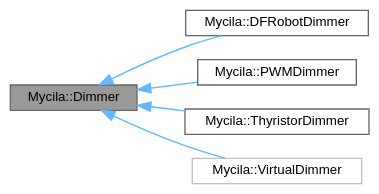
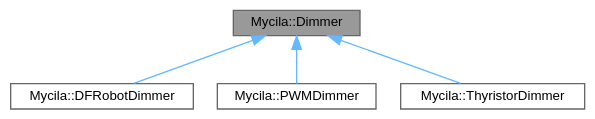
One commit to mathieucarbou/MycilaDimmer changed the diagram in docs/api/class_mycila_1_1_dimmer__inherit__graph.dot. Above: the diagram before and after it, drawn with Graphviz. The commit also changed 22 other files, not shown here.

```diff
--- a/docs/api/class_mycila_1_1_dimmer__inherit__graph.dot
+++ b/docs/api/class_mycila_1_1_dimmer__inherit__graph.dot
@@ -1,17 +1,14 @@
 digraph "Mycila::Dimmer"
 {
  // LATEX_PDF_SIZE
   bgcolor="transparent";
   edge [fontname=Helvetica,fontsize=10,labelfontname=Helvetica,labelfontsize=10];
   node [fontname=Helvetica,fontsize=10,shape=box,height=0.2,width=0.4];
-  rankdir="LR";
   Node1 [id="Node000001",label="Mycila::Dimmer",height=0.2,width=0.4,color="gray40", fillcolor="grey60", style="filled", fontcolor="black",tooltip=" "];
   Node1 -> Node2 [id="edge1_Node000001_Node000002",dir="back",color="steelblue1",style="solid",tooltip=" "];
   Node2 [id="Node000002",label="Mycila::DFRobotDimmer",height=0.2,width=0.4,color="gray40", fillcolor="white", style="filled",URL="$class_mycila_1_1_d_f_robot_dimmer.html",tooltip="DFRobot DFR1071/DFR1073/DFR0971 I2C controlled 0-10V/0-5V dimmer implementation for voltage regulator..."];
   Node1 -> Node3 [id="edge2_Node000001_Node000003",dir="back",color="steelblue1",style="solid",tooltip=" "];
   Node3 [id="Node000003",label="Mycila::PWMDimmer",height=0.2,width=0.4,color="gray40", fillcolor="white", style="filled",URL="$class_mycila_1_1_p_w_m_dimmer.html",tooltip="PWM based dimmer implementation for voltage regulators controlled by a PWM signal to 0-10V analog con..."];
   Node1 -> Node4 [id="edge3_Node000001_Node000004",dir="back",color="steelblue1",style="solid",tooltip=" "];
   Node4 [id="Node000004",label="Mycila::ThyristorDimmer",height=0.2,width=0.4,color="gray40", fillcolor="white", style="filled",URL="$class_mycila_1_1_thyristor_dimmer.html",tooltip="Thyristor (TRIAC) based dimmer implementation for TRIAC and Random SSR dimmers."];
-  Node1 -> Node5 [id="edge4_Node000001_Node000005",dir="back",color="steelblue1",style="solid",tooltip=" "];
-  Node5 [id="Node000005",label="Mycila::VirtualDimmer",height=0.2,width=0.4,color="grey75", fillcolor="white", style="filled",URL="$class_mycila_1_1_virtual_dimmer.html",tooltip=" "];
 }
```
